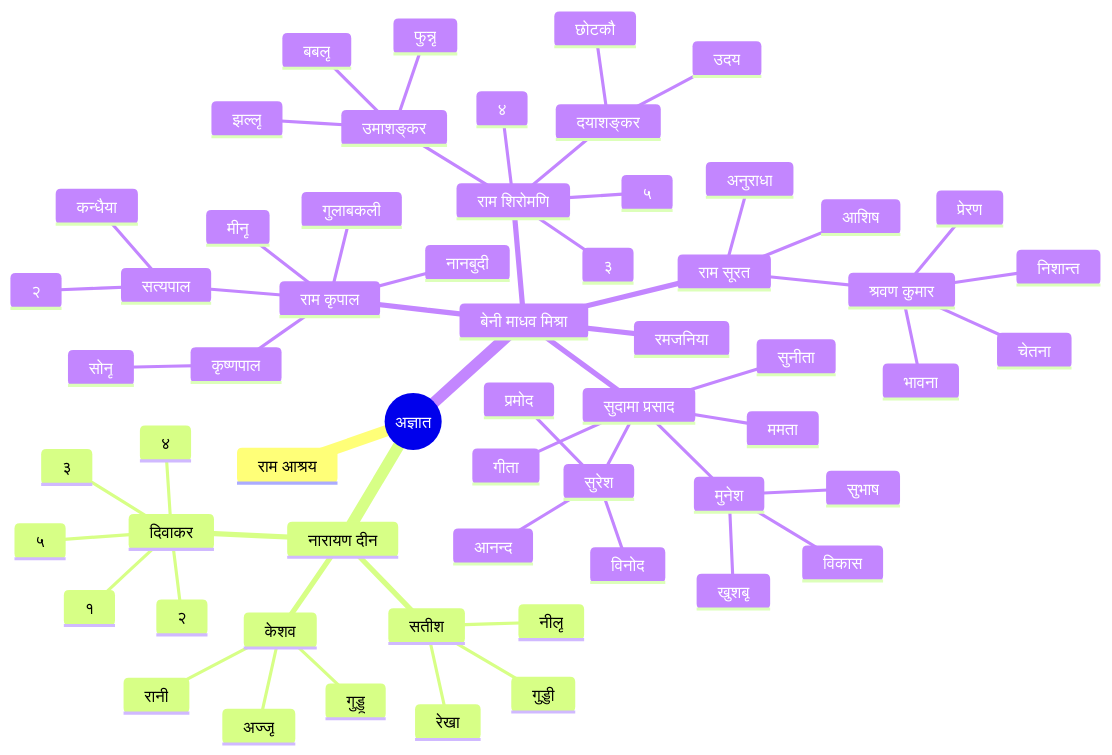
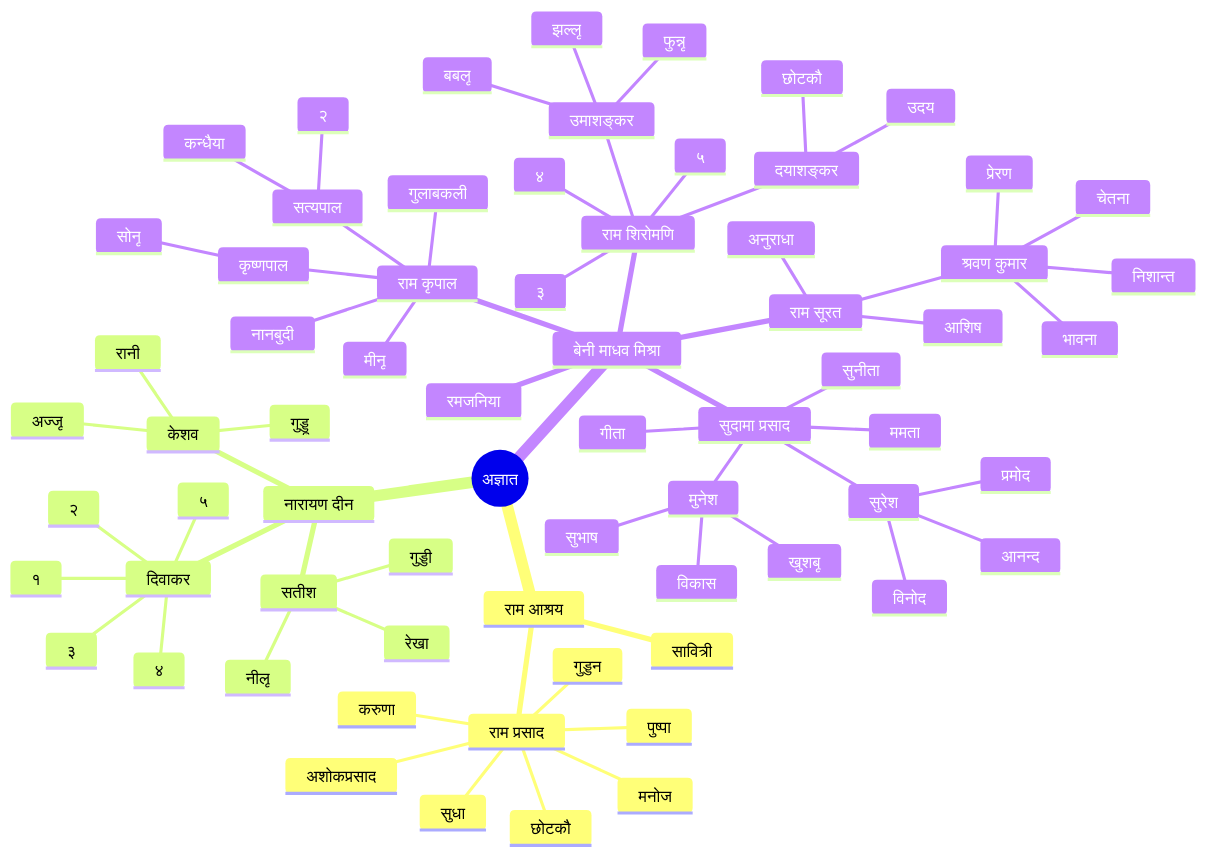
Before and after one commit to nishantaMishra/family-tree: the second of 2 diagrams in README.md, drawn with Mermaid.

````diff
--- a/README.md
+++ b/README.md
@@ -23,66 +23,75 @@
 ```mermaid
 mindmap
   root((अज्ञात))
     राम आश्रय
+        राम प्रसाद
+            अशोकप्रसाद
+            मनोज
+            छोटकौ
+            गुड्डन 
+            करुणा 
+            पुष्पा 
+            सुधा
+        सावित्री
     नारायण दीन
         सतीश 
             नीलू 
             रेखा
             गुड्डी
         केशव
             रानी 
             गुड्डू
             अज्जू
         दिवाकर
             १
             २
             ३
             ४
             ५
     बेनी माधव मिश्रा
         राम कृपाल
             सत्यपाल
                 कन्धैया
                 २
             कृष्णपाल
                 सोनू
             गुलाबकली
             नानबुदी
             मीनू
         राम शिरोमणि
             दयाशङ्कर
                 उदय
                 छोटकौ
             उमाशङ्कर
                 बबलू
                 झल्लू
                 फुन्नू
             ३
             ४
             ५
 
         रमजनिया 
         राम सूरत
             अनुराधा
             श्रवण कुमार
                 चेतना 
                 भावना
                 प्रेरण
                 निशान्त
             आशिष
 
         सुदामा प्रसाद
             सुरेश
                 प्रमोद
                 विनोद 
                 आनन्द
             मुनेश
                 विकास
                 खुशबू 
                 सुभाष
             सुनीता
             गीता
             ममता
       
     
 ```
````
